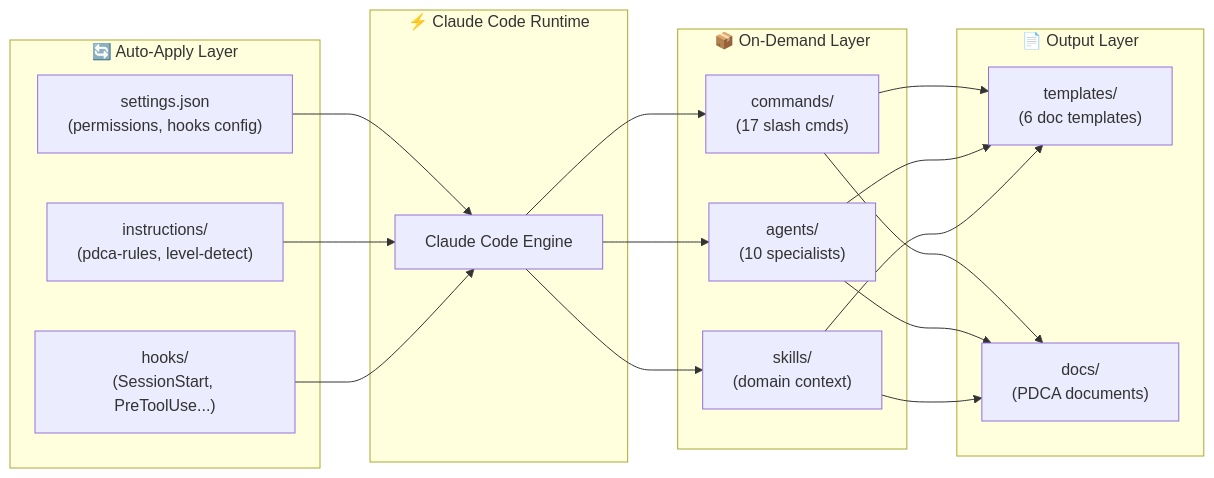
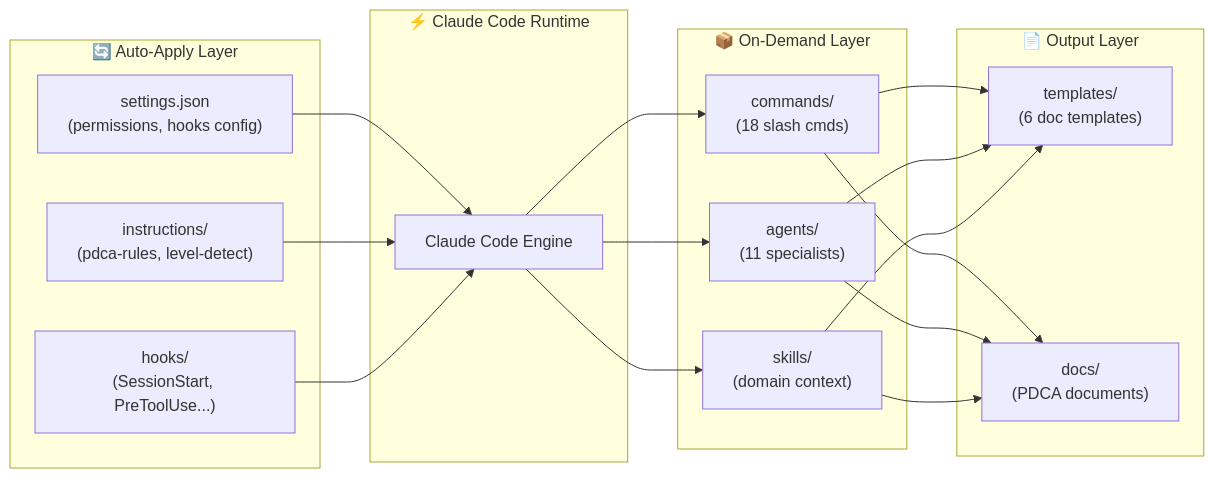
One commit to peterkimpmp/bkit-claude-code changed the second of 4 diagrams in docs/00-ARCHITECTURE.md. Above: the diagram before and after it, drawn with Mermaid. The commit also changed other lines of this file and 13 other files, not shown here.

````diff
--- a/docs/00-ARCHITECTURE.md
+++ b/docs/00-ARCHITECTURE.md
@@ -251,36 +253,36 @@
 ```mermaid
 flowchart LR
     subgraph AutoApply["🔄 Auto-Apply Layer"]
         settings["settings.json<br/>(permissions, hooks config)"]
         instructions["instructions/<br/>(pdca-rules, level-detect)"]
         hooks["hooks/<br/>(SessionStart, PreToolUse...)"]
     end
     
     subgraph Runtime["⚡ Claude Code Runtime"]
         core["Claude Code Engine"]
     end
     
     subgraph OnDemand["📦 On-Demand Layer"]
-        commands["commands/<br/>(17 slash cmds)"]
-        agents["agents/<br/>(10 specialists)"]
+        commands["commands/<br/>(18 slash cmds)"]
+        agents["agents/<br/>(11 specialists)"]
         skills["skills/<br/>(domain context)"]
     end
     
     subgraph Output["📄 Output Layer"]
         templates["templates/<br/>(6 doc templates)"]
         docs["docs/<br/>(PDCA documents)"]
     end
     
     settings --> core
     instructions --> core
     hooks --> core
     core --> commands
     core --> agents
     core --> skills
     commands --> templates
     commands --> docs
     agents --> templates
     agents --> docs
     skills --> templates
     skills --> docs
 ```
````
